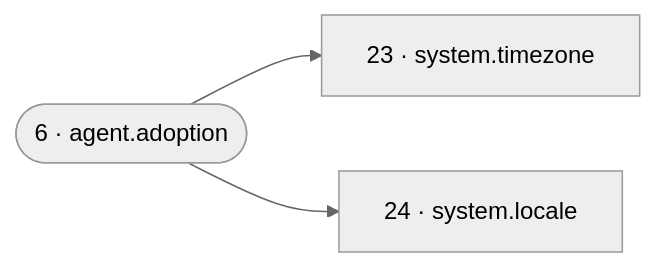
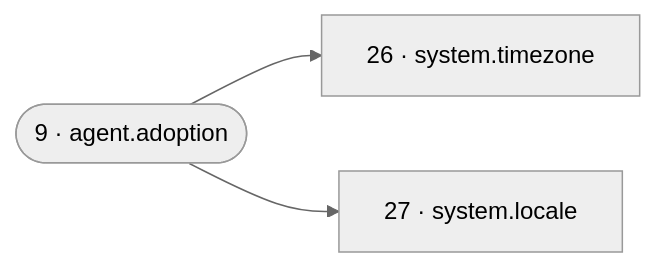
The fifth of 21 diagrams in reference/reconcile-dag.md (SixFive7/FrameLink), drawn with Mermaid (neutral theme) before and after one commit. The commit also changed other lines of this file and 12 other files, not shown here.

````diff
--- a/reference/reconcile-dag.md
+++ b/reference/reconcile-dag.md
@@ -254,8 +298,8 @@
 ```mermaid
 flowchart LR
-  r23["23 · system.timezone"]
-  r24["24 · system.locale"]
-  r6(["6 · agent.adoption"])
-  r6 --> r23
-  r6 --> r24
+  r26["26 · system.timezone"]
+  r27["27 · system.locale"]
+  r9(["9 · agent.adoption"])
+  r9 --> r26
+  r9 --> r27
 ```
````
